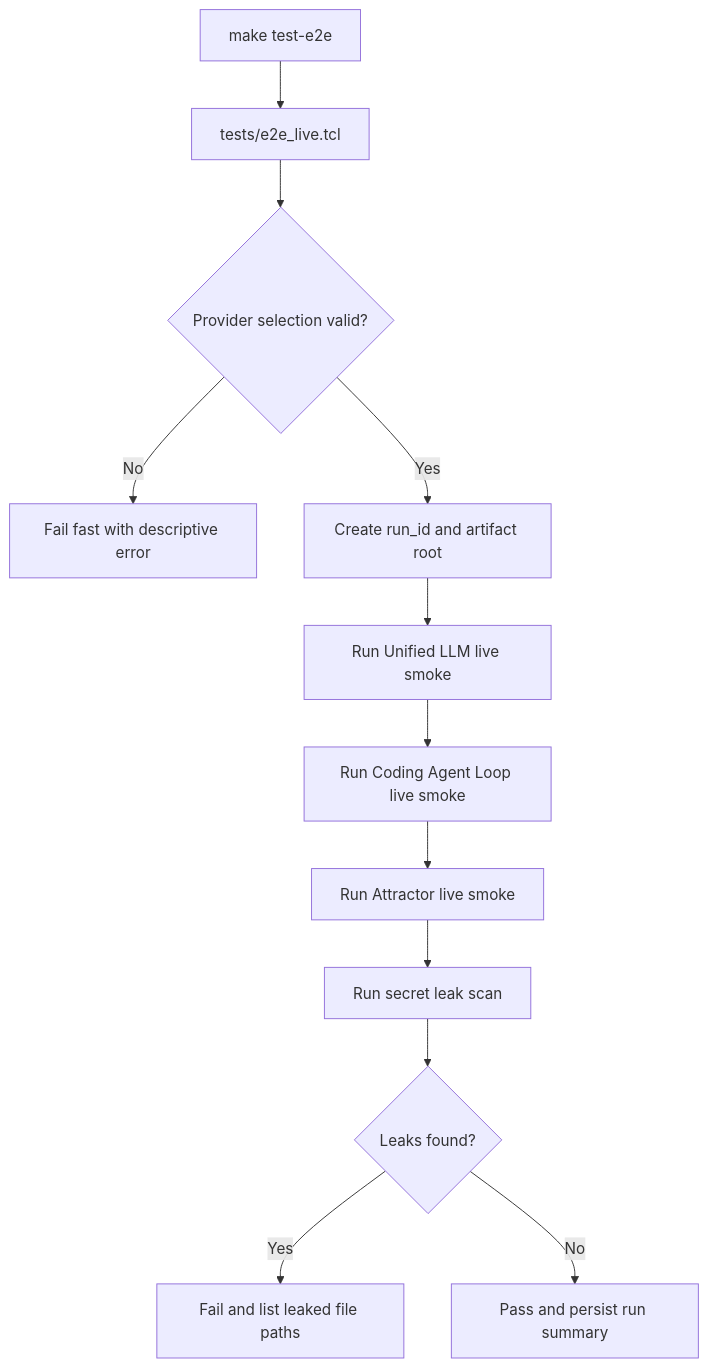
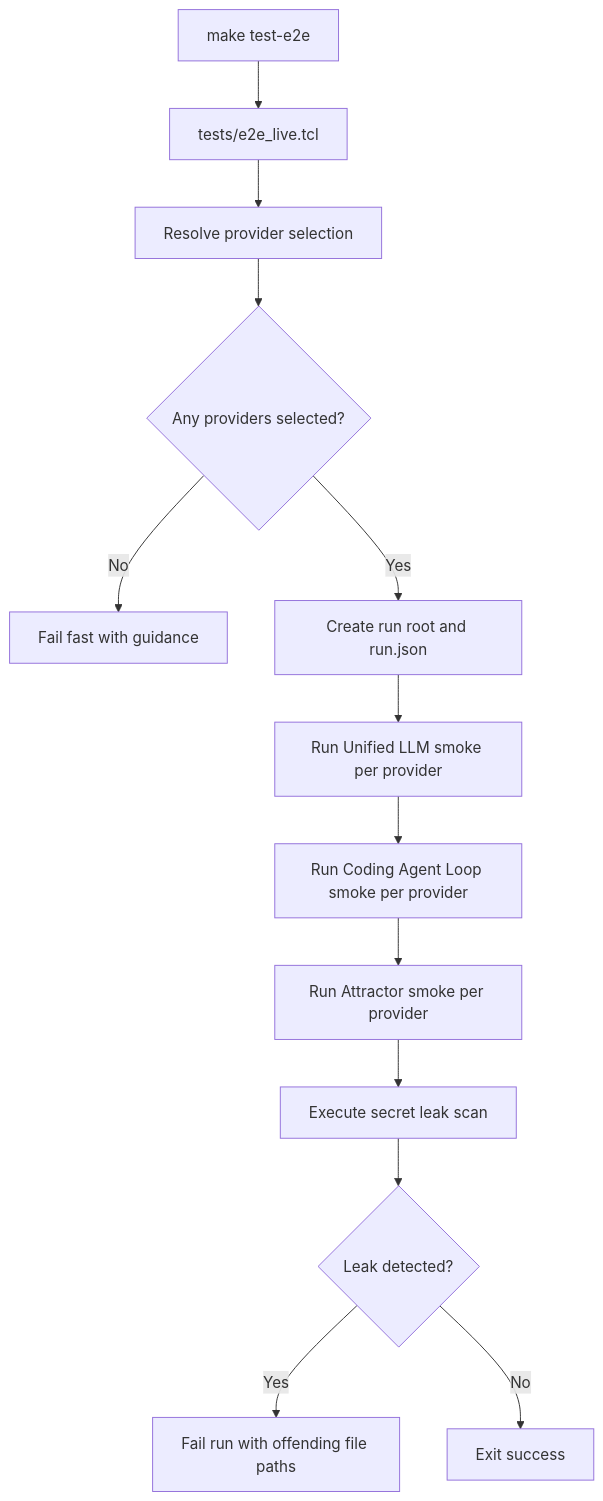
Before and after one commit to jaytaylor/attractor-tcl: the third of 5 diagrams in docs/sprints/SPRINT-004-comprehensive-implementation-plan.md, drawn with Mermaid. The commit also changed other lines of this file, not shown here.

````diff
--- a/docs/sprints/SPRINT-004-comprehensive-implementation-plan.md
+++ b/docs/sprints/SPRINT-004-comprehensive-implementation-plan.md
@@ -2640,14 +1172,15 @@
 ```mermaid
 flowchart TD
   A[make test-e2e] --> B[tests/e2e_live.tcl]
-  B --> C{Provider selection valid?}
-  C -->|No| D[Fail fast with descriptive error]
-  C -->|Yes| E[Create run_id and artifact root]
-  E --> F[Run Unified LLM live smoke]
-  F --> G[Run Coding Agent Loop live smoke]
-  G --> H[Run Attractor live smoke]
-  H --> I[Run secret leak scan]
-  I --> J{Leaks found?}
-  J -->|Yes| K[Fail and list leaked file paths]
-  J -->|No| L[Pass and persist run summary]
+  B --> C[Resolve provider selection]
+  C --> D{Any providers selected?}
+  D -->|No| E[Fail fast with guidance]
+  D -->|Yes| F[Create run root and run.json]
+  F --> G[Run Unified LLM smoke per provider]
+  G --> H[Run Coding Agent Loop smoke per provider]
+  H --> I[Run Attractor smoke per provider]
+  I --> J[Execute secret leak scan]
+  J --> K{Leak detected?}
+  K -->|Yes| L[Fail run with offending file paths]
+  K -->|No| M[Exit success]
 ```
````
